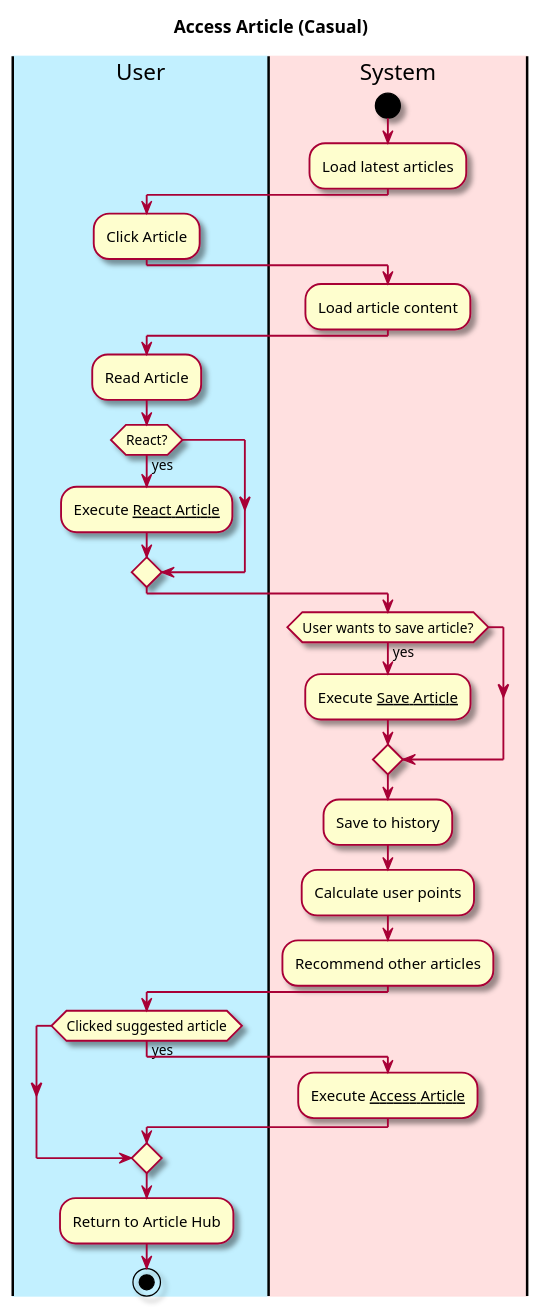
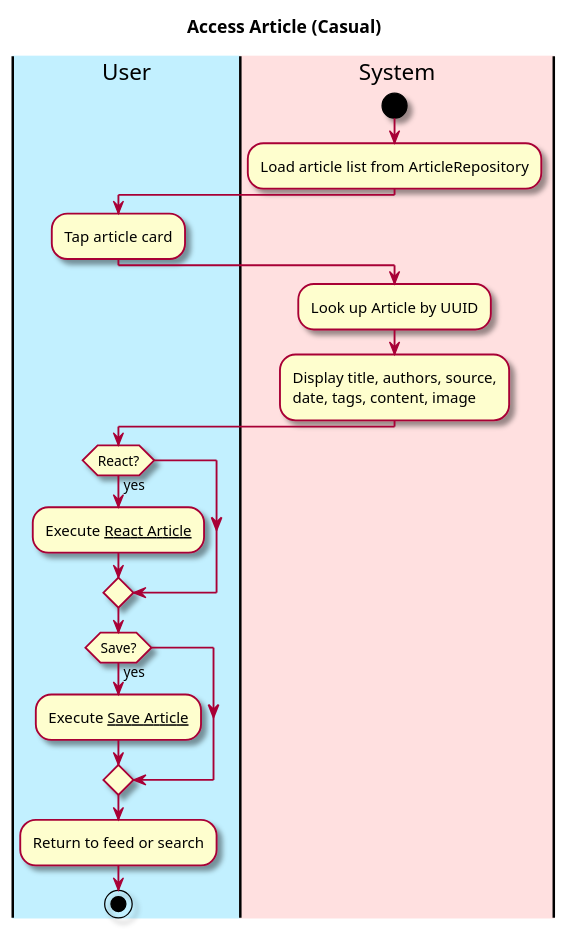
One commit to owhitleym-ui/EcoScoop changed the first of 3 diagrams in intellij/doc/use-cases/access-article.md. Above: the diagram before and after it, drawn with PlantUML. The commit also changed other lines of this file and 12 other files, not shown here.

Commit message:
Updated documentation, class diagram, use cases, and readme

````diff
--- a/intellij/doc/use-cases/access-article.md
+++ b/intellij/doc/use-cases/access-article.md
@@ -24,46 +20,33 @@
 ```plantuml
 @startuml
-
 skin rose
 
 title Access Article (Casual)
 
-'define the lanes
 |#application|User|
 |#implementation|System|
 
 start
+
 |System|
-:Load latest articles;
+:Load article list from ArticleRepository;
 
 |User|
-:Click Article;
+:Tap article card;
 
 |System|
-:Load article content;
+:Look up Article by UUID;
+:Display title, authors, source,\ndate, tags, content, image;
 
 |User|
-:Read Article;
 if (React?) then (yes)
-    :Execute __React Article__;
+  :Execute __React Article__;
 endif
-
-|System|
-if (User wants to save article?) then (yes)
+if (Save?) then (yes)
   :Execute __Save Article__;
 endif
-  :Save to history;
-  :Calculate user points;
-  :Recommend other articles;
-  |User|
-  if(Clicked suggested article) then (yes)
-  |System|
-  :Execute __Access Article__;
-  endif
-
-|User|
-:Return to Article Hub;
+:Return to feed or search;
 
 stop
 @enduml
 ```
````
